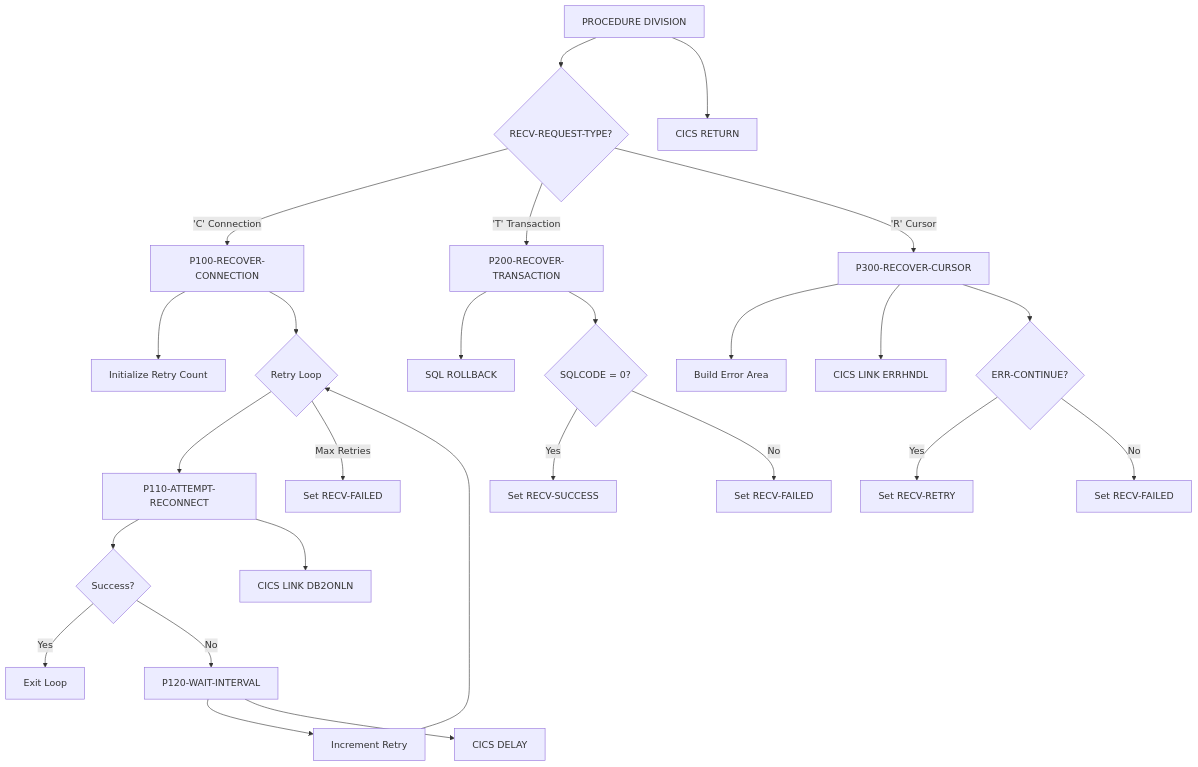
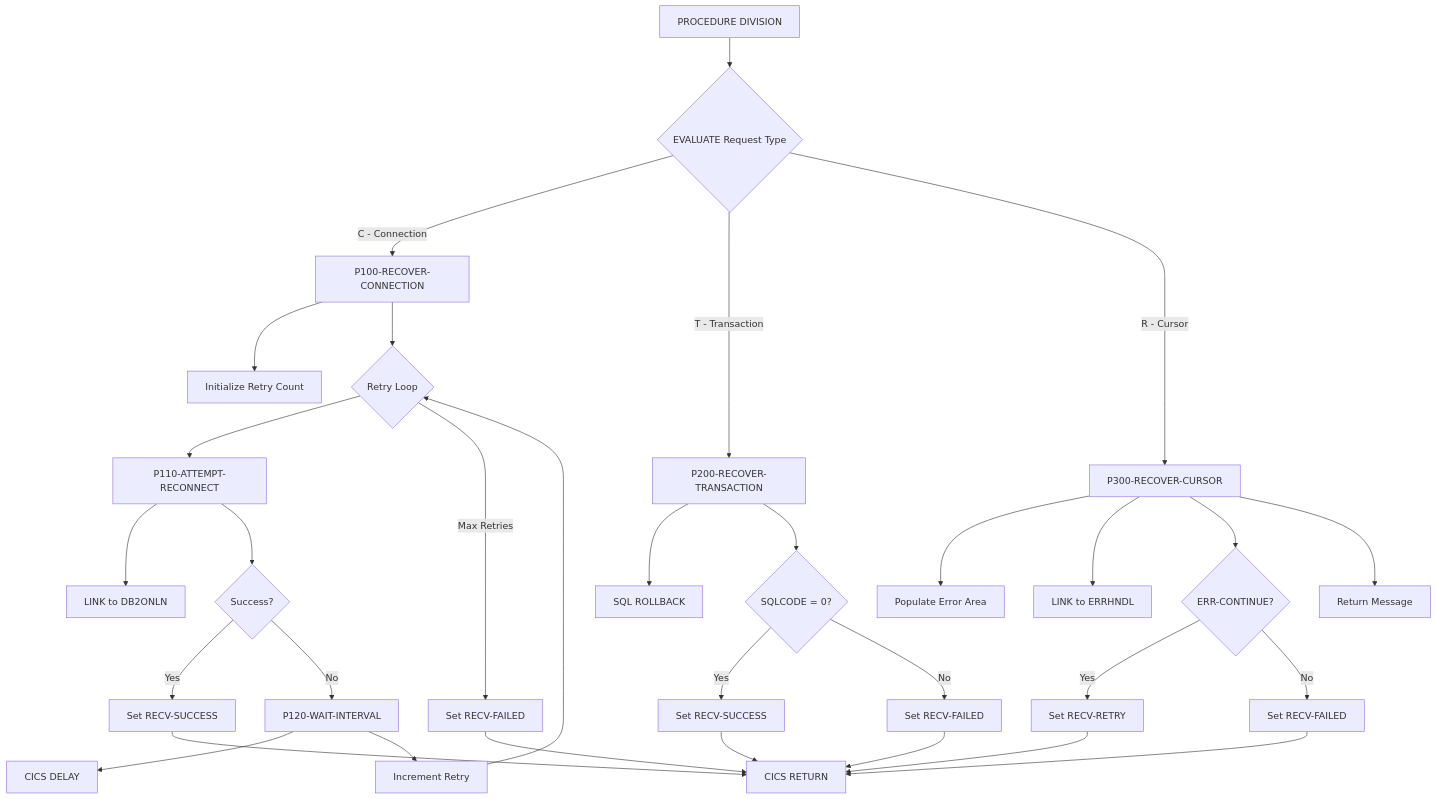
The diagram in docs/programs/DB2RECV.mdx (haladir-com/legacy-benchmark-docs-vb70e1), drawn with Mermaid before and after one commit. The commit also changed other lines of this file and 63 other files, not shown here.

````diff
--- a/docs/programs/DB2RECV.mdx
+++ b/docs/programs/DB2RECV.mdx
@@ -18,33 +16,38 @@
 ```mermaid
 graph TD
-    A[PROCEDURE DIVISION] --> B{RECV-REQUEST-TYPE?}
-    B -->|'C' Connection| C[P100-RECOVER-CONNECTION]
-    B -->|'T' Transaction| D[P200-RECOVER-TRANSACTION]
-    B -->|'R' Cursor| E[P300-RECOVER-CURSOR]
+    A[PROCEDURE DIVISION] --> B{EVALUATE Request Type}
+    B -->|C - Connection| C[P100-RECOVER-CONNECTION]
+    B -->|T - Transaction| D[P200-RECOVER-TRANSACTION]
+    B -->|R - Cursor| E[P300-RECOVER-CURSOR]
     
     C --> C1[Initialize Retry Count]
     C --> C2{Retry Loop}
     C2 --> C3[P110-ATTEMPT-RECONNECT]
-    C3 --> C4{Success?}
-    C4 -->|Yes| C5[Exit Loop]
-    C4 -->|No| C6[P120-WAIT-INTERVAL]
-    C6 --> C7[Increment Retry]
-    C7 --> C2
-    C2 -->|Max Retries| C8[Set RECV-FAILED]
-    
-    C3 --> C3A[CICS LINK DB2ONLN]
-    C6 --> C6A[CICS DELAY]
+    C3 --> C3a[LINK to DB2ONLN]
+    C3 --> C3b{Success?}
+    C3b -->|Yes| C4[Set RECV-SUCCESS]
+    C3b -->|No| C5[P120-WAIT-INTERVAL]
+    C5 --> C5a[CICS DELAY]
+    C5 --> C6[Increment Retry]
+    C6 --> C2
+    C2 -->|Max Retries| C7[Set RECV-FAILED]
     
     D --> D1[SQL ROLLBACK]
     D --> D2{SQLCODE = 0?}
     D2 -->|Yes| D3[Set RECV-SUCCESS]
     D2 -->|No| D4[Set RECV-FAILED]
     
-    E --> E1[Build Error Area]
-    E --> E2[CICS LINK ERRHNDL]
+    E --> E1[Populate Error Area]
+    E --> E2[LINK to ERRHNDL]
     E --> E3{ERR-CONTINUE?}
     E3 -->|Yes| E4[Set RECV-RETRY]
     E3 -->|No| E5[Set RECV-FAILED]
+    E --> E6[Return Message]
     
-    A --> F[CICS RETURN]
+    C4 --> F[CICS RETURN]
+    C7 --> F
+    D3 --> F
+    D4 --> F
+    E4 --> F
+    E5 --> F
 ```
````
